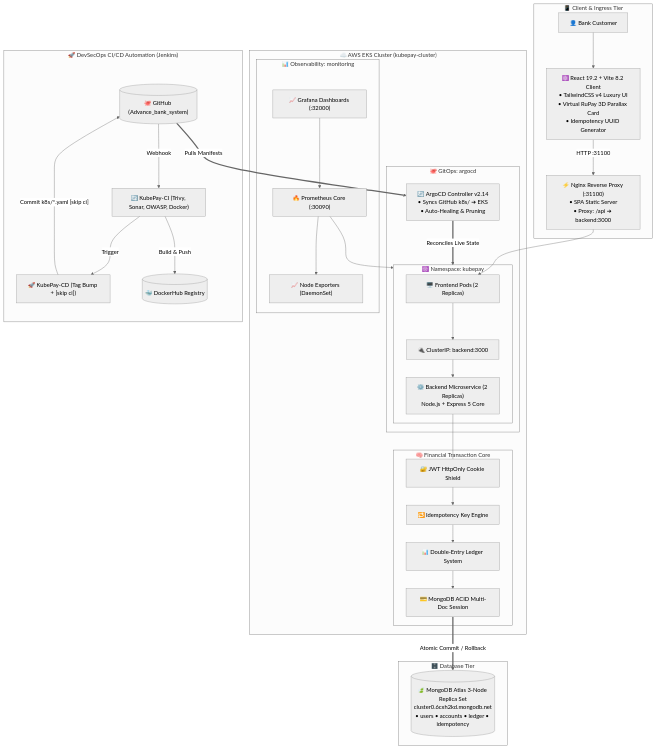
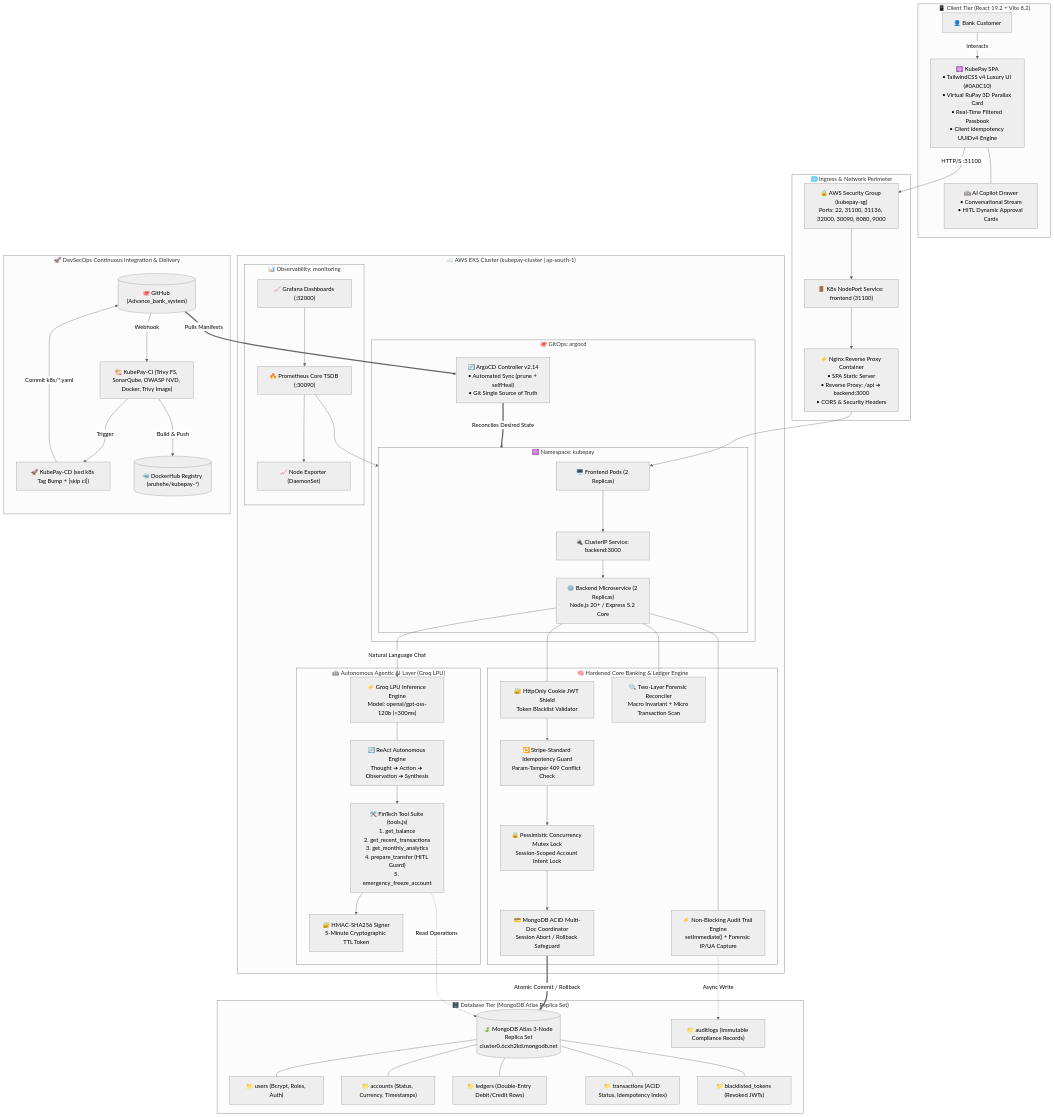
Before and after one commit to ARPITPRAJAPATI/Advance_bank_system: the first of 3 diagrams in README.md, drawn with Mermaid (neutral theme). The commit also changed other lines of this file, not shown here.

Commit message:
docs: update README with advanced AI, double-entry ledger, and EKS architecture details

````diff
--- a/README.md
+++ b/README.md
@@ -61,64 +50,116 @@
 ```mermaid
 graph TB
-    subgraph CLIENT["📱 Client & Ingress Tier"]
+    %% -------------------------------------------------------------
+    %% CLIENT & INGRESS TIER
+    %% -------------------------------------------------------------
+    subgraph CLIENT_TIER["📱 Client Tier (React 19.2 + Vite 8.2)"]
         User["👤 Bank Customer"]
-        ReactApp["⚛️ React 19.2 + Vite 8.2 Client<br/>• TailwindCSS v4 Luxury UI<br/>• Virtual RuPay 3D Parallax Card<br/>• Idempotency UUID Generator"]
-        Nginx["⚡ Nginx Reverse Proxy (:31100)<br/>• SPA Static Server<br/>• Proxy: /api ➔ backend:3000"]
-        User --> ReactApp
-        ReactApp -->|"HTTP :31100"| Nginx
+        ReactApp["⚛️ KubePay SPA<br/>• TailwindCSS v4 Luxury UI (#0A0C10)<br/>• Virtual RuPay 3D Parallax Card<br/>• Real-Time Filtered Passbook<br/>• Client Idempotency UUIDv4 Engine"]
+        AICopilotDrawer["🤖 AI Copilot Drawer<br/>• Conversational Stream<br/>• HITL Dynamic Approval Cards"]
+        User -->|"Interacts"| ReactApp
+        ReactApp --- AICopilotDrawer
     end
 
-    subgraph CLOUD["☁️ AWS EKS Cluster (kubepay-cluster)"]
-        subgraph APP_NS["☸️ Namespace: kubepay"]
+    subgraph INGRESS_TIER["🌐 Ingress & Network Perimeter"]
+        AWS_SG["🔒 AWS Security Group (kubepay-sg)<br/>Ports: 22, 31100, 31136, 32000, 30090, 8080, 9000"]
+        NodePort["🚪 K8s NodePort Service: frontend (31100)"]
+        NginxProxy["⚡ Nginx Reverse Proxy Container<br/>• SPA Static Server<br/>• Reverse Proxy: /api ➔ backend:3000<br/>• CORS & Security Headers"]
+        ReactApp -->|"HTTP/S :31100"| AWS_SG
+        AWS_SG --> NodePort
+        NodePort --> NginxProxy
+    end
+
+    %% -------------------------------------------------------------
+    %% KUBERNETES MICROSERVICES & BACKEND ENGINE
+    %% -------------------------------------------------------------
+    subgraph K8S_CLUSTER["☁️ AWS EKS Cluster (kubepay-cluster | ap-south-1)"]
+        subgraph NS_KUBEPAY["☸️ Namespace: kubepay"]
             FrontendPods["🖥️ Frontend Pods (2 Replicas)"]
-            BackendSvc["🔌 ClusterIP: backend:3000"]
-            BackendPods["⚙️ Backend Microservice (2 Replicas)<br/>Node.js + Express 5 Core"]
-            Nginx --> FrontendPods
+            BackendSvc["🔌 ClusterIP Service: backend:3000"]
+            BackendPods["⚙️ Backend Microservice (2 Replicas)<br/>Node.js 20+ / Express 5.2 Core"]
+            NginxProxy --> FrontendPods
             FrontendPods --> BackendSvc
             BackendSvc --> BackendPods
         end
 
-        subgraph ENGINE["🧠 Financial Transaction Core"]
-            Auth["🔐 JWT HttpOnly Cookie Shield"]
-            Idempotency["🔁 Idempotency Key Engine"]
-            Ledger["📊 Double-Entry Ledger System"]
-            ACID["💳 MongoDB ACID Multi-Doc Session"]
-            BackendPods --- Auth
-            Auth --> Idempotency
-            Idempotency --> Ledger
-            Ledger --> ACID
+        subgraph AGENTIC_AI_SUBSYSTEM["🤖 Autonomous Agentic AI Layer (Groq LPU)"]
+            GroqEngine["⚡ Groq LPU Inference Engine<br/>Model: openai/gpt-oss-120b (&lt;300ms)"]
+            ReActLoop["🔄 ReAct Autonomous Engine<br/>Thought ➔ Action ➔ Observation ➔ Synthesis"]
+            ToolHarness["🛠️ FinTech Tool Suite (tools.js)<br/>1. get_balance<br/>2. get_recent_transactions<br/>3. get_monthly_analytics<br/>4. prepare_transfer (HITL Guard)<br/>5. emergency_freeze_account"]
+            HITLSigner["🔐 HMAC-SHA256 Signer<br/>5-Minute Cryptographic TTL Token"]
+            
+            BackendPods -->|"Natural Language Chat"| GroqEngine
+            GroqEngine --- ReActLoop
+            ReActLoop --> ToolHarness
+            ToolHarness --> HITLSigner
         end
 
-        subgraph GITOPS["🐙 GitOps: argocd"]
-            ArgoCD["🔄 ArgoCD Controller v2.14<br/>• Syncs GitHub k8s/ ➔ EKS<br/>• Auto-Healing & Pruning"]
-            ArgoCD ==>|"Reconciles Live State"| APP_NS
+        subgraph CORE_BANKING_ENGINE["🧠 Hardened Core Banking & Ledger Engine"]
+            AuthGuard["🔐 HttpOnly Cookie JWT Shield<br/>Token Blacklist Validator"]
+            IdempotencyGuard["🔁 Stripe-Standard Idempotency Guard<br/>Param-Tamper 409 Conflict Check"]
+            MutexLock["🔒 Pessimistic Concurrency Mutex Lock<br/>Session-Scoped Account Intent Lock"]
+            ACIDSession["💳 MongoDB ACID Multi-Doc Coordinator<br/>Session Abort / Rollback Safeguard"]
+            ReconcileEngine["🔍 Two-Layer Forensic Reconciler<br/>Macro Invariant + Micro Transaction Scan"]
+            AuditTrail["⚡ Non-Blocking Audit Trail Engine<br/>setImmediate() + Forensic IP/UA Capture"]
+
+            BackendPods --- AuthGuard
+            AuthGuard --> IdempotencyGuard
+            IdempotencyGuard --> MutexLock
+            MutexLock --> ACIDSession
+            BackendPods --- ReconcileEngine
+            BackendPods --- AuditTrail
         end
 
-        subgraph MONITOR["📊 Observability: monitoring"]
-            Prometheus["🔥 Prometheus Core (:30090)"]
-            NodeExp["📈 Node Exporters (DaemonSet)"]
+        subgraph GITOPS_ARGOCD["🐙 GitOps: argocd"]
+            ArgoController["🔄 ArgoCD Controller v2.14<br/>• Automated Sync (prune + selfHeal)<br/>• Git Single Source of Truth"]
+            ArgoController ==>|"Reconciles Desired State"| NS_KUBEPAY
+        end
+
+        subgraph OBSERVABILITY["📊 Observability: monitoring"]
+            Prometheus["🔥 Prometheus Core TSDB (:30090)"]
+            NodeExp["📈 Node Exporter (DaemonSet)"]
             Grafana["📈 Grafana Dashboards (:32000)"]
             Prometheus --> NodeExp
-            Prometheus --> APP_NS
+            Prometheus --> NS_KUBEPAY
             Grafana --> Prometheus
         end
     end
 
-    subgraph DATA["🗄️ Database Tier"]
-        MongoDB[("🍃 MongoDB Atlas 3-Node Replica Set<br/>cluster0.6cxh2kd.mongodb.net<br/>• users • accounts • ledger • idempotency")]
-        ACID ==>|"Atomic Commit / Rollback"| MongoDB
+    %% -------------------------------------------------------------
+    %% DATABASE TIER
+    %% -------------------------------------------------------------
+    subgraph DATABASE_TIER["🗄️ Database Tier (MongoDB Atlas Replica Set)"]
+        MongoAtlas[("🍃 MongoDB Atlas 3-Node Replica Set<br/>cluster0.6cxh2kd.mongodb.net")]
+        ColUsers["📁 users (Bcrypt, Roles, Auth)"]
+        ColAccounts["📁 accounts (Status, Currency, Timestamps)"]
+        ColLedger["📁 ledgers (Double-Entry Debit/Credit Rows)"]
+        ColTransactions["📁 transactions (ACID Status, Idempotency Index)"]
+        ColAudit["📁 auditlogs (Immutable Compliance Records)"]
+        ColBlacklist["📁 blacklisted_tokens (Revoked JWTs)"]
+
+        ACIDSession ==>|"Atomic Commit / Rollback"| MongoAtlas
+        ToolHarness -.->|"Read Operations"| MongoAtlas
+        AuditTrail -.->|"Async Write"| ColAudit
+        MongoAtlas --- ColUsers
+        MongoAtlas --- ColAccounts
+        MongoAtlas --- ColLedger
+        MongoAtlas --- ColTransactions
+        MongoAtlas --- ColBlacklist
     end
 
-    subgraph CICD["🚀 DevSecOps CI/CD Automation (Jenkins)"]
+    %% -------------------------------------------------------------
+    %% DEVSECOPS PIPELINE
+    %% -------------------------------------------------------------
+    subgraph CICD_AUTOMATION["🚀 DevSecOps Continuous Integration & Delivery"]
         GitHub[("🐙 GitHub (Advance_bank_system)")]
-        JenkinsCI["🔄 KubePay-CI (Trivy, Sonar, OWASP, Docker)"]
-        JenkinsCD["🚀 KubePay-CD (Tag Bump + [skip ci])"]
-        DockerHub[("🐳 DockerHub Registry")]
-        
+        JenkinsCI["🏗️ KubePay-CI (Trivy FS, SonarQube, OWASP NVD, Docker, Trivy Image)"]
+        JenkinsCD["🚀 KubePay-CD (sed k8s Tag Bump + [skip ci])"]
+        DockerHub[("🐳 DockerHub Registry (aruhehe/kubepay-*)")]
+
         GitHub -->|"Webhook"| JenkinsCI
         JenkinsCI -->|"Build & Push"| DockerHub
         JenkinsCI -->|"Trigger"| JenkinsCD
-        JenkinsCD -->|"Commit k8s/*.yaml [skip ci]"| GitHub
-        GitHub ==>|"Pulls Manifests"| ArgoCD
+        JenkinsCD -->|"Commit k8s/*.yaml"| GitHub
+        GitHub ==>|"Pulls Manifests"| ArgoController
     end
 ```
````
